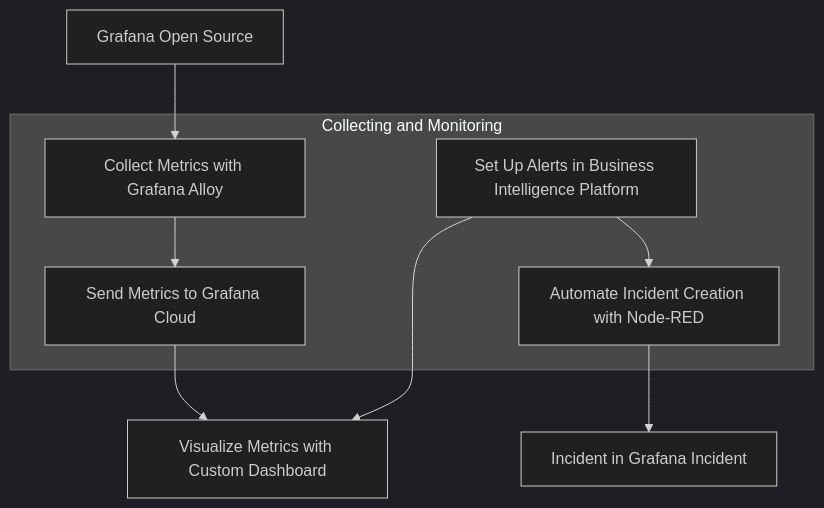
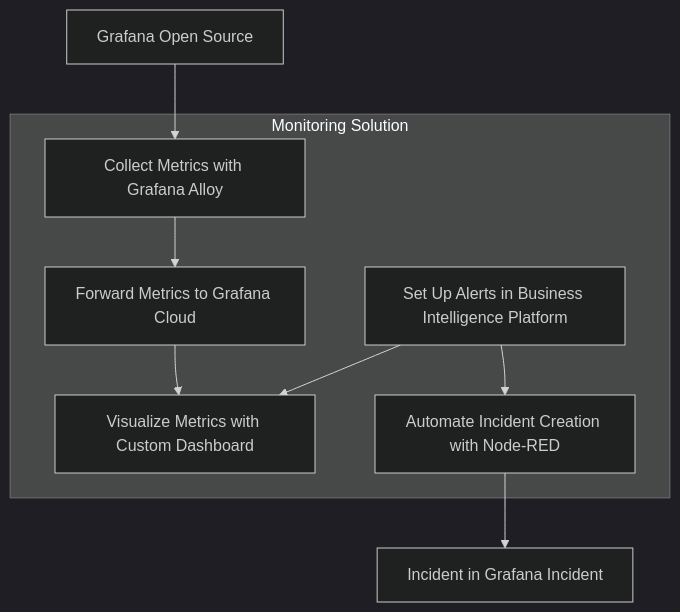
Before and after one commit to VolkovLabs/volkovlabs.io: the diagram in blog/big/2025-07-15-grafana-incident.mdx, drawn with Mermaid (dark theme). The commit also changed other lines of this file and 1 other file, not shown here.

````diff
--- a/blog/big/2025-07-15-grafana-incident.mdx
+++ b/blog/big/2025-07-15-grafana-incident.mdx
@@ -43,16 +42,17 @@
 ```mermaid
 flowchart TD
     A[Grafana Open Source] --> B
-    B[Collect Metrics with Grafana Alloy] --> C[Send Metrics to Grafana Cloud]
+    B[Collect Metrics with Grafana Alloy] --> C[Forward Metrics to Grafana Cloud]
     C --> D[Visualize Metrics with Custom Dashboard]
     E[Set Up Alerts in Business Intelligence Platform] --> D
     E --> F[Automate Incident Creation with Node-RED]
     F --> G[Incident in Grafana Incident]
 
-    subgraph Collecting and Monitoring
+    subgraph Monitoring Solution
         B
         C
+        D
         E
         F
     end
 ```
````
